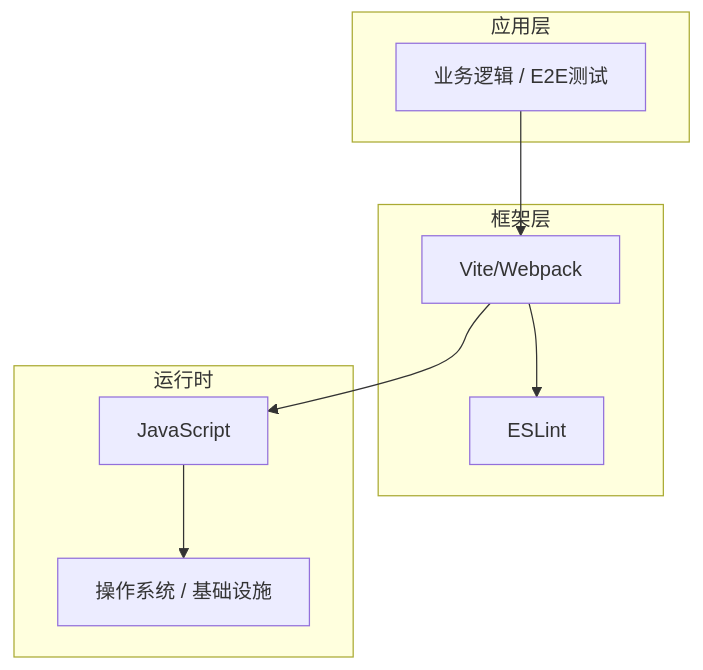
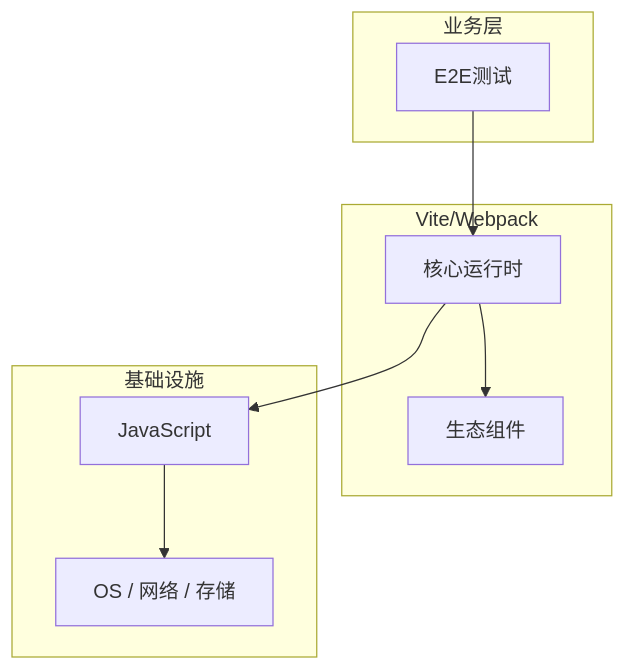
The diagram in articles/前端工程化/chapters/073-E2E测试核心概念与原理.md (yanggan2015/knowledge-json-v2), drawn with Mermaid before and after one commit. The commit also changed other lines of this file and 10127 other files, not shown here.

````diff
--- a/articles/前端工程化/chapters/073-E2E测试核心概念与原理.md
+++ b/articles/前端工程化/chapters/073-E2E测试核心概念与原理.md
@@ -45,18 +34,18 @@
 ```mermaid
 graph TB
-    subgraph 应用层
-        A[业务逻辑 / E2E测试]
+    subgraph 业务层
+        A[E2E测试]
     end
-    subgraph 框架层
-        B[Vite/Webpack]
-        C[ESLint]
+    subgraph Vite/Webpack
+        B[核心运行时]
+        C[生态组件]
     end
-    subgraph 运行时
+    subgraph 基础设施
         D[JavaScript]
-        E[操作系统 / 基础设施]
+        E[OS / 网络 / 存储]
     end
     A --> B
     B --> C
     B --> D
     D --> E
 ```
````
